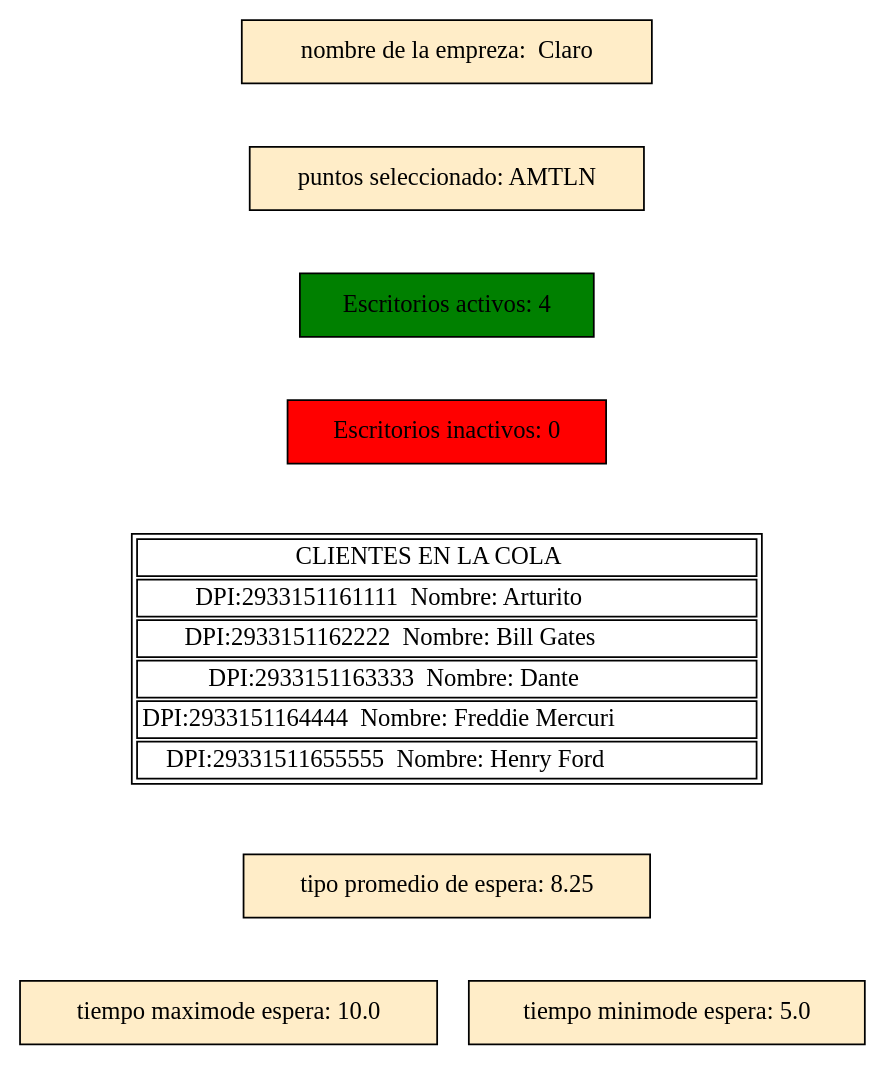
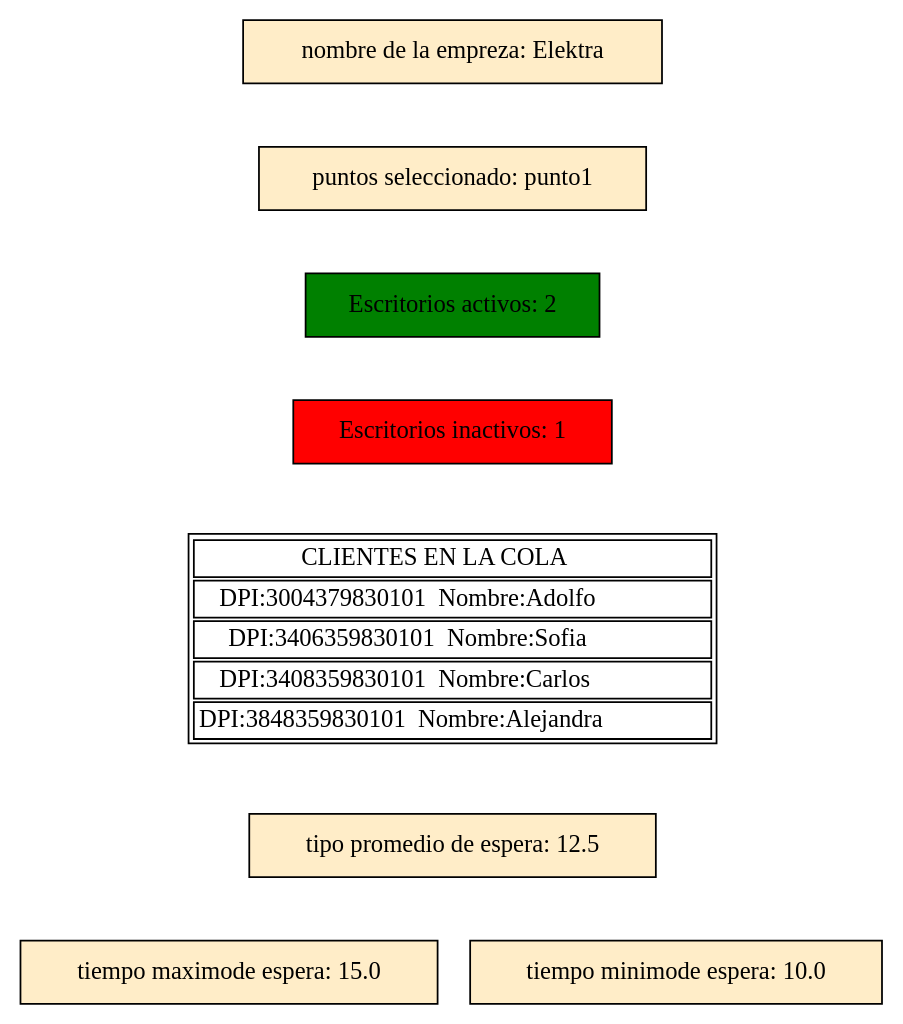
The diagram in d1.dot (Nahomi-Aparicio/-IPC2_Proyecto2_202113293), drawn with Graphviz before and after one commit. The commit also changed 6 other files, not shown here.

```diff
--- a/d1.dot
+++ b/d1.dot
@@ -1,19 +1,19 @@
 digraph G{ 
 node [ shape = box ]
-no[ label="nombre de la empreza:  Claro "style="filled", fillcolor="#ffbb3344"]
-pu[ label="puntos seleccionado: AMTLN"style="filled", fillcolor="#ffbb3344"]
-ac[ label="Escritorios activos: 4"style="filled", fillcolor="green"]
-in[ label="Escritorios inactivos: 0"style="filled",fillcolor="red"]
-ti[ label="tipo promedio de espera: 8.25"style="filled", fillcolor="#ffbb3344"]
-tip[ label="tiempo maximode espera: 10.0"style="filled",fillcolor="#ffbb3344"]
-tm[ label="tiempo minimode espera: 5.0"style="filled",fillcolor="#ffbb3344"]
-cli[shape=plaintext ,label =<<TABLE><TR><TD>CLIENTES EN LA COLA</TD></TR><TR><TD>DPI:2933151161111  Nombre: Arturito </TD></TR><TR><TD>DPI:2933151162222  Nombre: Bill Gates </TD></TR><TR><TD>DPI:2933151163333  Nombre: Dante </TD></TR><TR><TD>DPI:2933151164444  Nombre: Freddie Mercuri </TD></TR><TR><TD>DPI:29331511655555  Nombre: Henry Ford </TD></TR></TABLE>>];
+no[ label="nombre de la empreza: Elektra"style="filled", fillcolor="#ffbb3344"]
+pu[ label="puntos seleccionado: punto1"style="filled", fillcolor="#ffbb3344"]
+ac[ label="Escritorios activos: 2"style="filled", fillcolor="green"]
+in[ label="Escritorios inactivos: 1"style="filled",fillcolor="red"]
+ti[ label="tipo promedio de espera: 12.5"style="filled", fillcolor="#ffbb3344"]
+tip[ label="tiempo maximode espera: 15.0"style="filled",fillcolor="#ffbb3344"]
+tm[ label="tiempo minimode espera: 10.0"style="filled",fillcolor="#ffbb3344"]
+cli[shape=plaintext ,label =<<TABLE><TR><TD>CLIENTES EN LA COLA</TD></TR><TR><TD>DPI:3004379830101  Nombre:Adolfo</TD></TR><TR><TD>DPI:3406359830101  Nombre:Sofia</TD></TR><TR><TD>DPI:3408359830101  Nombre:Carlos</TD></TR><TR><TD>DPI:3848359830101  Nombre:Alejandra</TD></TR></TABLE>>];
 ac -> in  [ style=invis ]
 no -> pu  [ style=invis ]
 pu -> ac  [ style=invis ]
 in -> cli  [ style=invis ]
 cli -> ti  [ style=invis ]
 ti -> tip  [ style=invis ]
 ti -> tm  [ style=invis ]
 
 }
```
